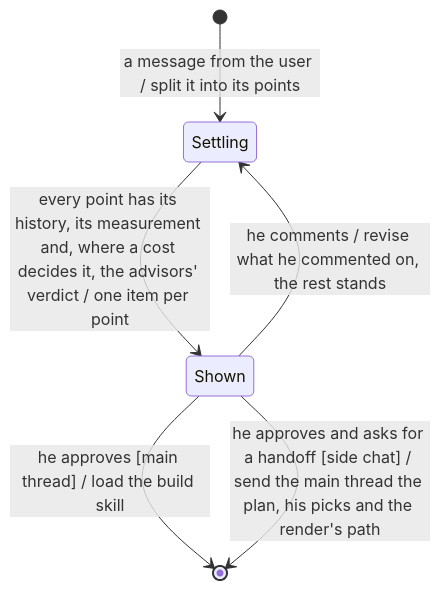
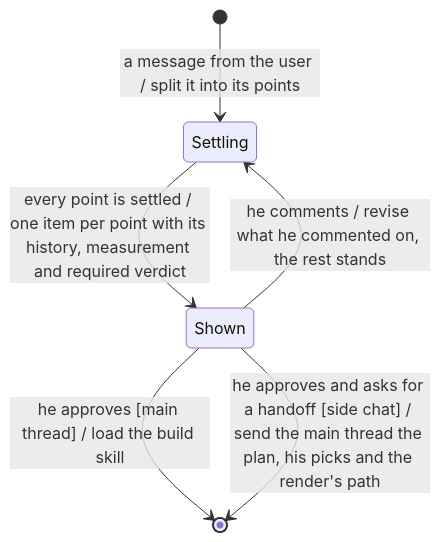
Before and after one commit to MP281X/deslop: the diagram in .claude/skills/plan/SKILL.md, drawn with Mermaid. The commit also changed other lines of this file and 37 other files, not shown here.

````diff
--- a/.claude/skills/plan/SKILL.md
+++ b/.claude/skills/plan/SKILL.md
@@ -8,8 +8,8 @@
 ```mermaid
 stateDiagram-v2
     [*] --> Settling : a message from the user / split it into its points
-    Settling --> Shown : every point has its history, its measurement and, where a cost decides it, the advisors' verdict / one item per point
+    Settling --> Shown : every point is settled / one item per point with its history, measurement and required verdict
     Shown --> Settling : he comments / revise what he commented on, the rest stands
     Shown --> [*] : he approves [main thread] / load the build skill
     Shown --> [*] : he approves and asks for a handoff [side chat] / send the main thread the plan, his picks and the render's path
 ```
````
